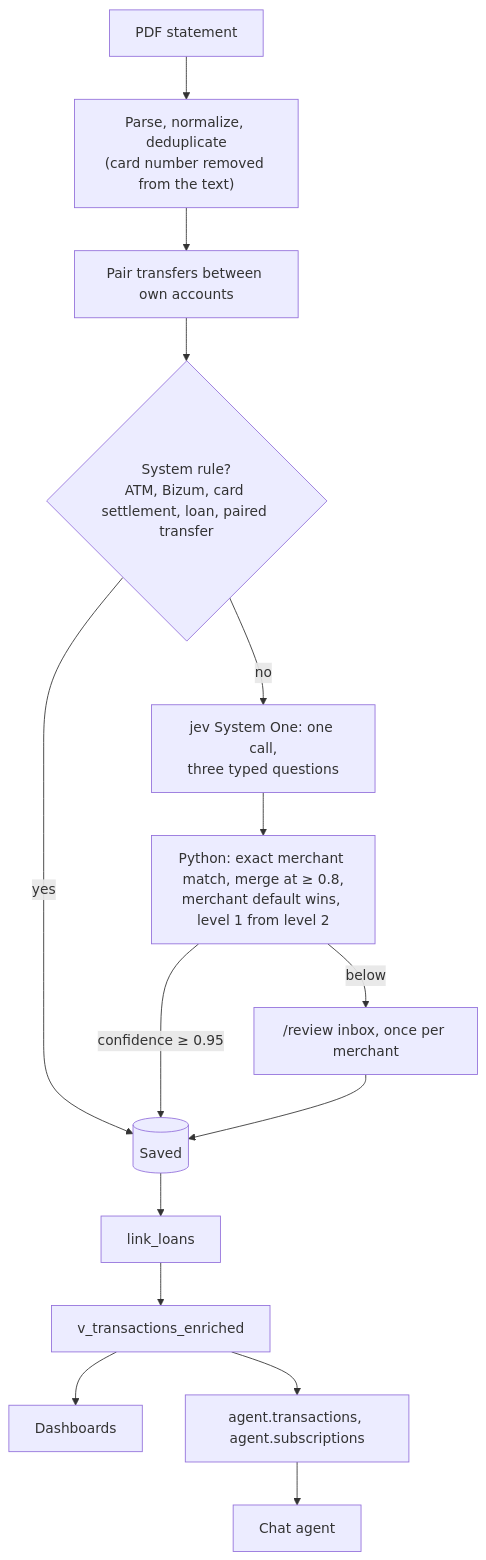
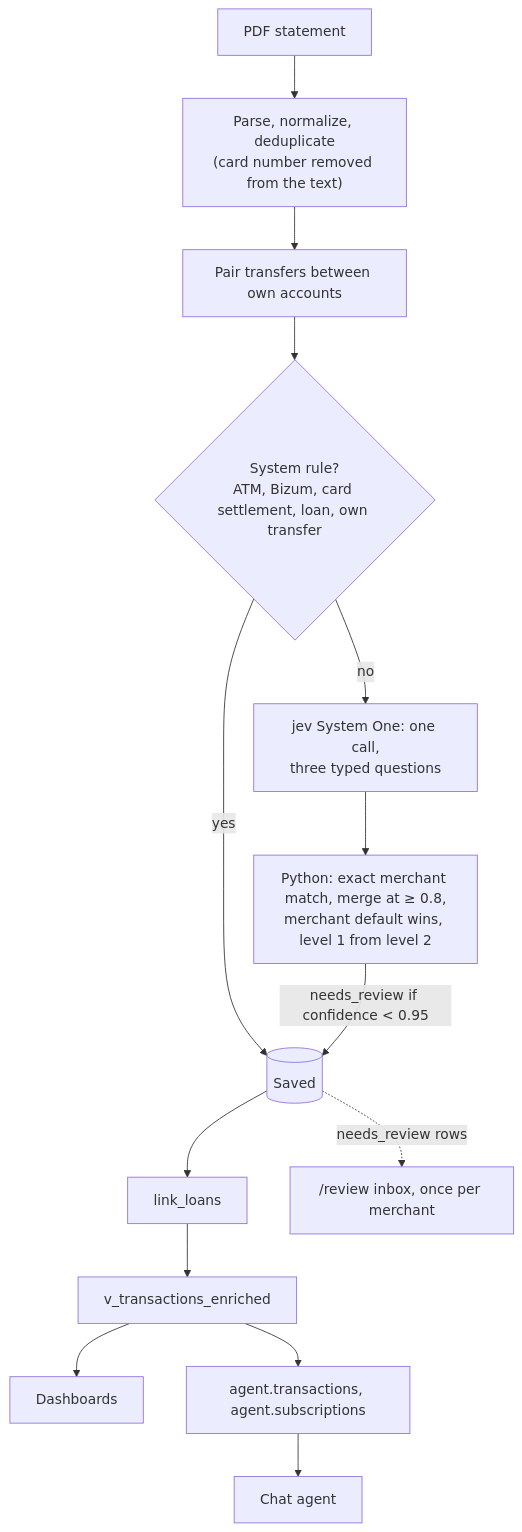
One commit to raulvazquez7/personal-finance-agent changed the diagram in docs/architecture.md. Above: the diagram before and after it, drawn with Mermaid. The commit also changed other lines of this file and 1 other file, not shown here.

Commit message:
docs: tighten the README and architecture claims after review

````diff
--- a/docs/architecture.md
+++ b/docs/architecture.md
@@ -9,15 +8,15 @@
 ```mermaid
 flowchart TD
     A[PDF statement] --> B["Parse, normalize, deduplicate<br/>(card number removed from the text)"]
     B --> C[Pair transfers between own accounts]
-    C --> D{System rule?<br/>ATM, Bizum, card settlement, loan, paired transfer}
+    C --> D{System rule?<br/>ATM, Bizum, card settlement, loan, own transfer}
     D -->|yes| H[(Saved)]
     D -->|no| E["jev System One: one call,<br/>three typed questions"]
     E --> F["Python: exact merchant match, merge at ≥ 0.8,<br/>merchant default wins, level 1 from level 2"]
-    F -->|confidence ≥ 0.95| H
-    F -->|below| G["/review inbox, once per merchant"] --> H
+    F -->|"needs_review if confidence < 0.95"| H
     H --> L[link_loans]
+    H -.->|needs_review rows| G["/review inbox, once per merchant"]
     L --> V[v_transactions_enriched]
     V --> W[Dashboards]
     V --> X["agent.transactions, agent.subscriptions"] --> Y[Chat agent]
 ```
````
